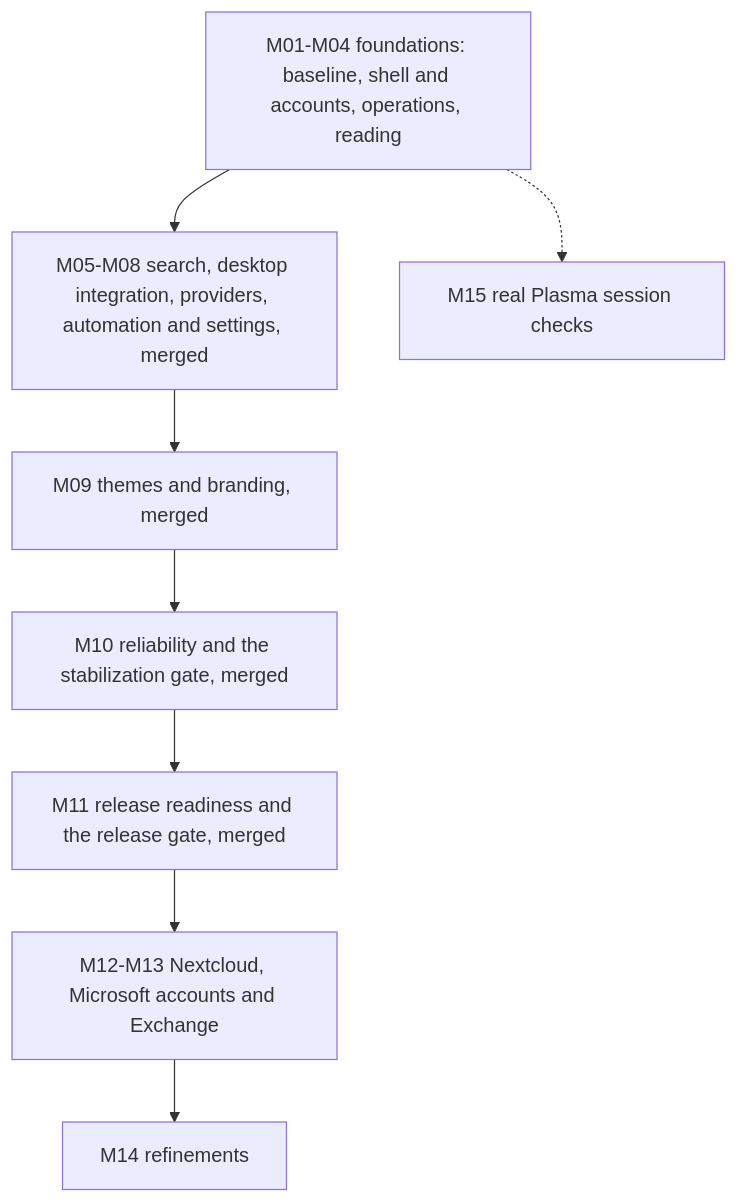
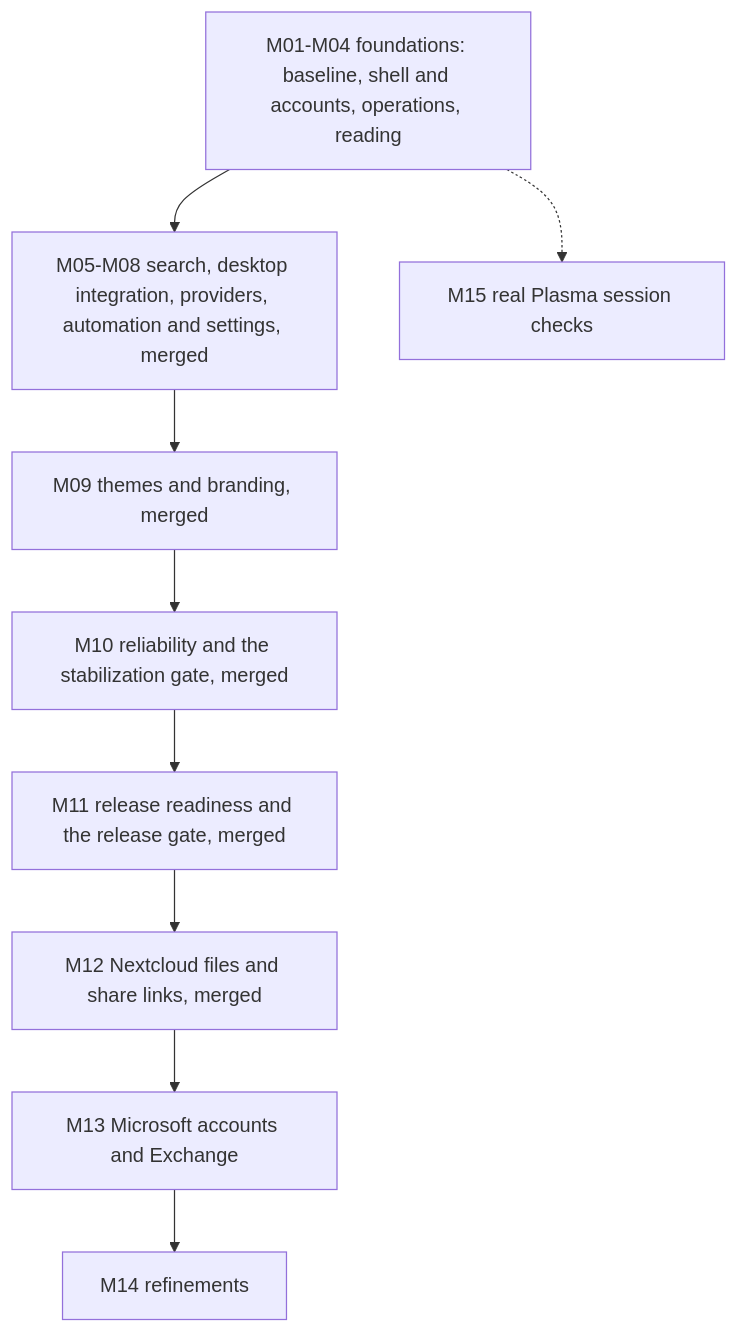
One commit to mikepadiernos/plasma-impresario changed the diagram in README.md. Above: the diagram before and after it, drawn with Mermaid. The commit also changed other lines of this file, not shown here.

First line of the commit message:
docs: describe M12 Nextcloud in the README

````diff
--- a/README.md
+++ b/README.md
@@ -870,10 +915,11 @@
 ```mermaid
 flowchart TD
     A[M01-M04 foundations: baseline, shell and accounts, operations, reading] --> B[M05-M08 search, desktop integration, providers, automation and settings, merged]
     B --> C[M09 themes and branding, merged]
     C --> D[M10 reliability and the stabilization gate, merged]
     D --> H[M11 release readiness and the release gate, merged]
-    H --> E[M12-M13 Nextcloud, Microsoft accounts and Exchange]
+    H --> I[M12 Nextcloud files and share links, merged]
+    I --> E[M13 Microsoft accounts and Exchange]
     E --> F[M14 refinements]
     A -.-> G[M15 real Plasma session checks]
 ```
````
